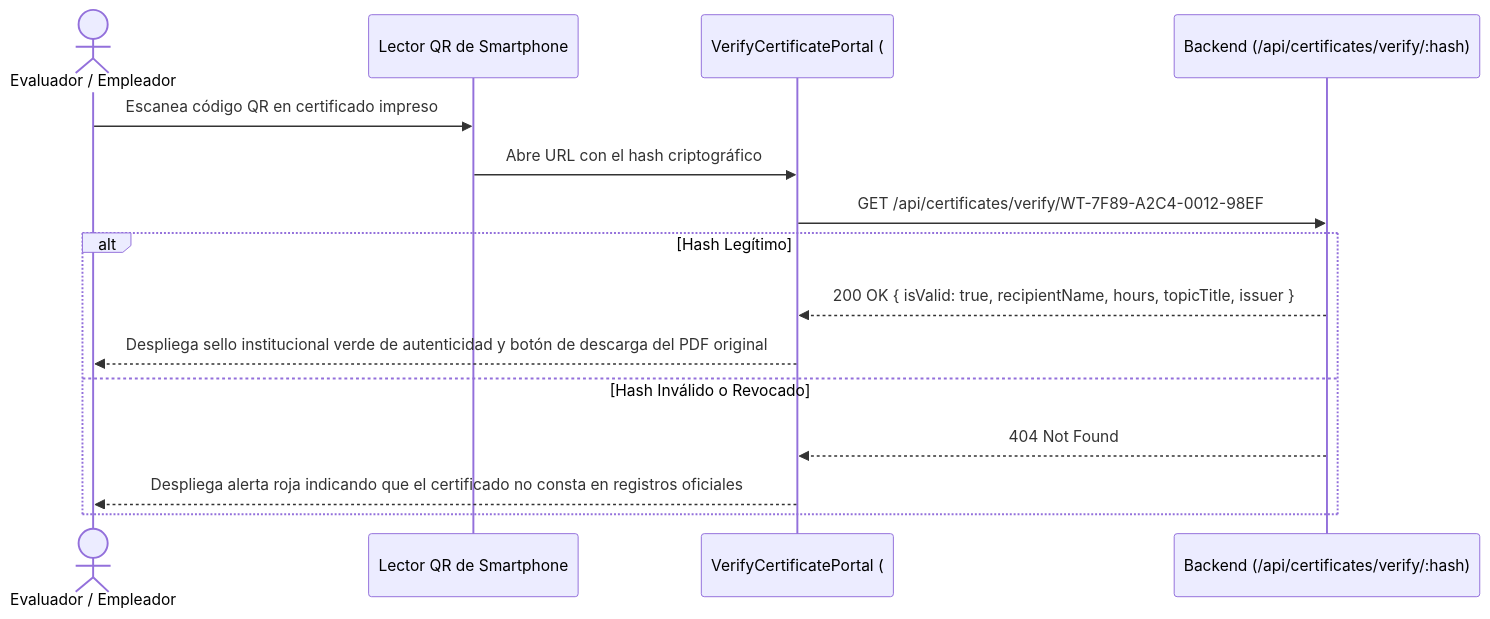
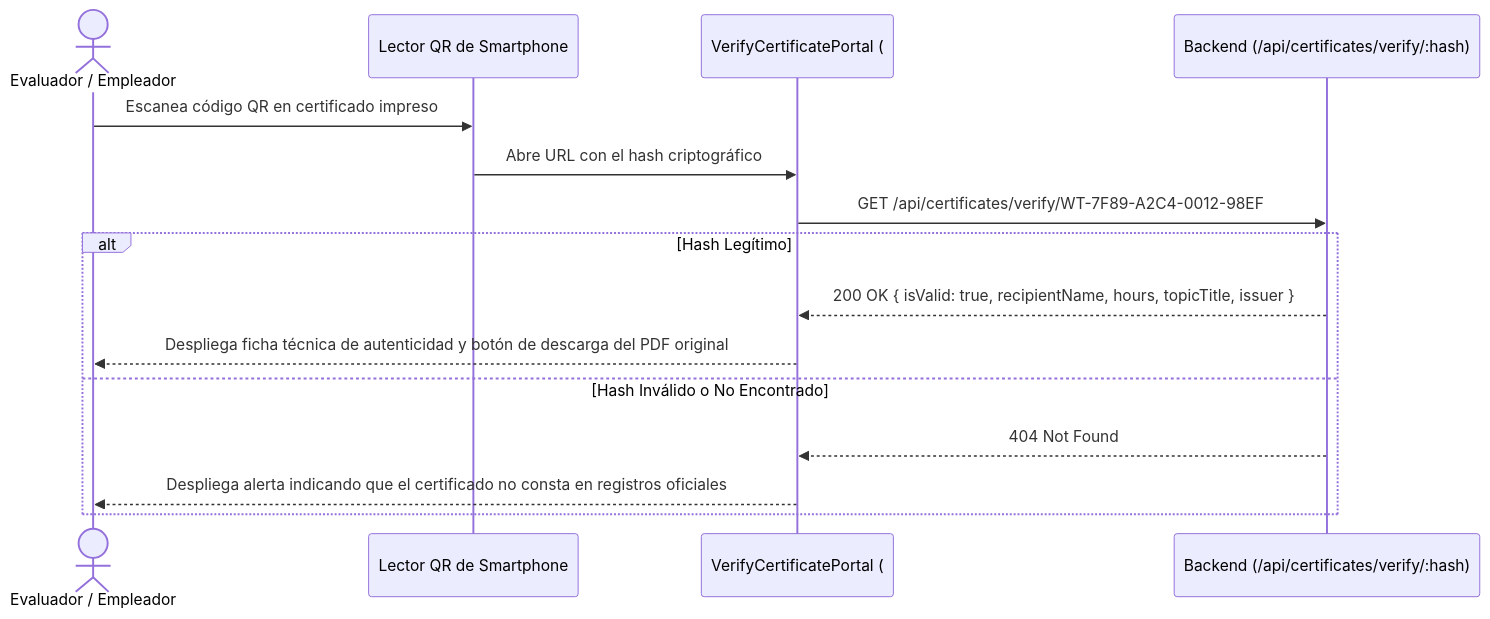
Before and after one commit to JorgeDoicela/wilfrido_trujillo: the second of 2 diagrams in docs/04-frontend-aplicacion-web/04-portales-publicos.md, drawn with Mermaid. The commit also changed other lines of this file and 63 other files, not shown here.

````diff
--- a/docs/04-frontend-aplicacion-web/04-portales-publicos.md
+++ b/docs/04-frontend-aplicacion-web/04-portales-publicos.md
@@ -34,19 +35,19 @@
 ```mermaid
 sequenceDiagram
     actor Verificador as Evaluador / Empleador
     participant Camara as Lector QR de Smartphone
     participant SPA as VerifyCertificatePortal (#/certificados/validar/:hash)
     participant API as Backend (/api/certificates/verify/:hash)
 
     Verificador->>Camara: Escanea código QR en certificado impreso
     Camara->>SPA: Abre URL con el hash criptográfico
     SPA->>API: GET /api/certificates/verify/WT-7F89-A2C4-0012-98EF
     
     alt Hash Legítimo
         API-->>SPA: 200 OK { isValid: true, recipientName, hours, topicTitle, issuer }
-        SPA-->>Verificador: Despliega sello institucional verde de autenticidad y botón de descarga del PDF original
-    else Hash Inválido o Revocado
+        SPA-->>Verificador: Despliega ficha técnica de autenticidad y botón de descarga del PDF original
+    else Hash Inválido o No Encontrado
         API-->>SPA: 404 Not Found
-        SPA-->>Verificador: Despliega alerta roja indicando que el certificado no consta en registros oficiales
+        SPA-->>Verificador: Despliega alerta indicando que el certificado no consta en registros oficiales
     end
 ```
````
